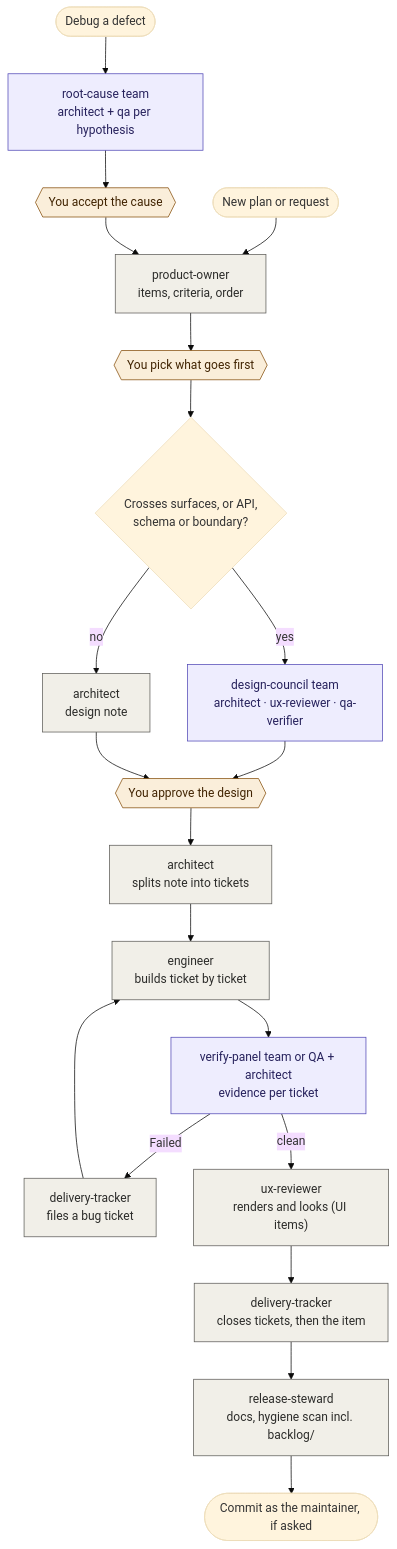
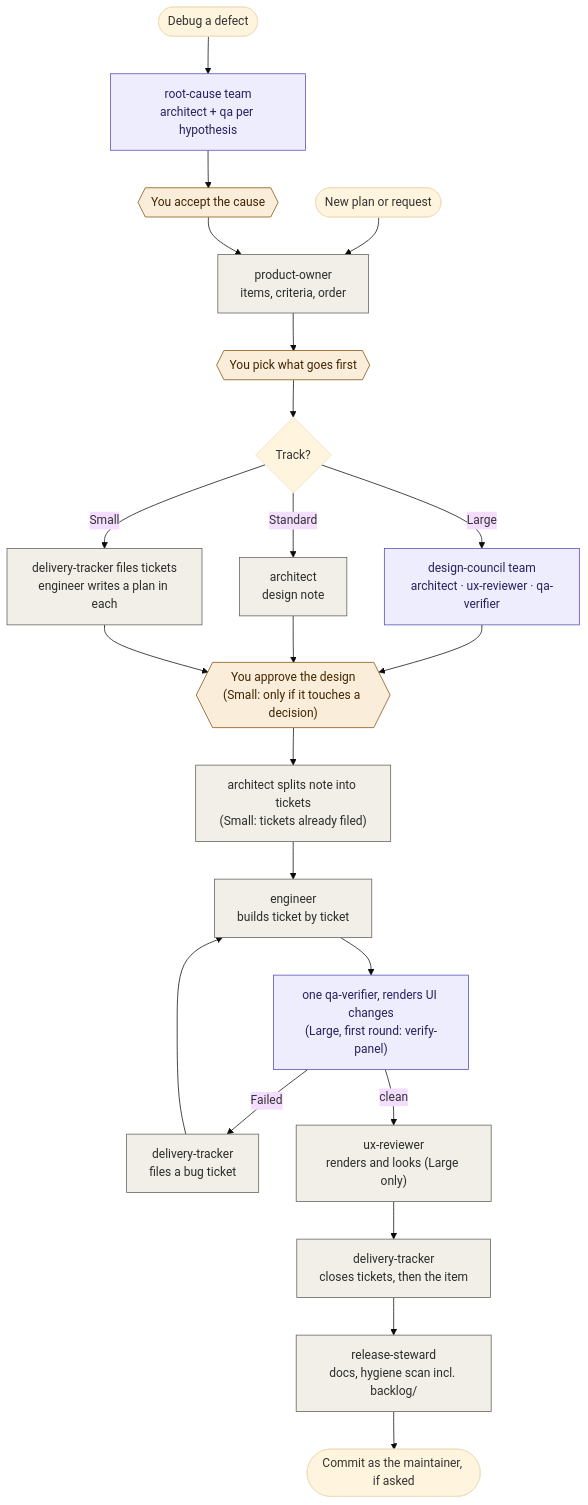
One commit to Shafichariri/kinspector changed the first of 4 diagrams in docs/TEAM.md. Above: the diagram before and after it, drawn with Mermaid (base theme). The commit also changed other lines of this file and 2 other files, not shown here.

First line of the commit message:
team: size the process to the item with Small, Standard and Large tracks

````diff
--- a/docs/TEAM.md
+++ b/docs/TEAM.md
@@ -56,30 +81,32 @@
 ```mermaid
 flowchart TD
     plan(["New plan or request"]) --> po["product-owner<br/>items, criteria, order"]
     po --> g1{{"You pick what goes first"}}
-    g1 --> design{"Crosses surfaces, or API,<br/>schema or boundary?"}
-    design -- "yes" --> council["design-council team<br/>architect · ux-reviewer · qa-verifier"]
-    design -- "no" --> arch["architect<br/>design note"]
-    council --> g2{{"You approve the design"}}
+    g1 --> design{"Track?"}
+    design -- "Large" --> council["design-council team<br/>architect · ux-reviewer · qa-verifier"]
+    design -- "Standard" --> arch["architect<br/>design note"]
+    design -- "Small" --> plan1["delivery-tracker files tickets<br/>engineer writes a plan in each"]
+    council --> g2{{"You approve the design<br/>(Small: only if it touches a decision)"}}
     arch --> g2
-    g2 --> split["architect<br/>splits note into tickets"]
+    plan1 --> g2
+    g2 --> split["architect splits note into tickets<br/>(Small: tickets already filed)"]
     split --> eng["engineer<br/>builds ticket by ticket"]
-    eng --> verify["verify-panel team or QA + architect<br/>evidence per ticket"]
+    eng --> verify["one qa-verifier, renders UI changes<br/>(Large, first round: verify-panel)"]
     verify -- "Failed" --> bug["delivery-tracker<br/>files a bug ticket"]
     bug --> eng
-    verify -- "clean" --> ux["ux-reviewer<br/>renders and looks (UI items)"]
+    verify -- "clean" --> ux["ux-reviewer<br/>renders and looks (Large only)"]
     ux --> track["delivery-tracker<br/>closes tickets, then the item"]
     track --> rel["release-steward<br/>docs, hygiene scan incl. backlog/"]
     rel --> done(["Commit as the maintainer, if asked"])
 
     defect(["Debug a defect"]) --> rc["root-cause team<br/>architect + qa per hypothesis"]
     rc --> g3{{"You accept the cause"}}
     g3 --> po
 
     classDef team fill:#EEEDFE,stroke:#534AB7,color:#26215C
     classDef gate fill:#FAEEDA,stroke:#854F0B,color:#412402
     classDef sub fill:#F1EFE8,stroke:#5F5E5A,color:#2C2C2A
     class council,verify,rc team
     class g1,g2,g3 gate
-    class po,arch,split,eng,bug,ux,track,rel sub
+    class po,arch,plan1,split,eng,bug,ux,track,rel sub
 ```
````
